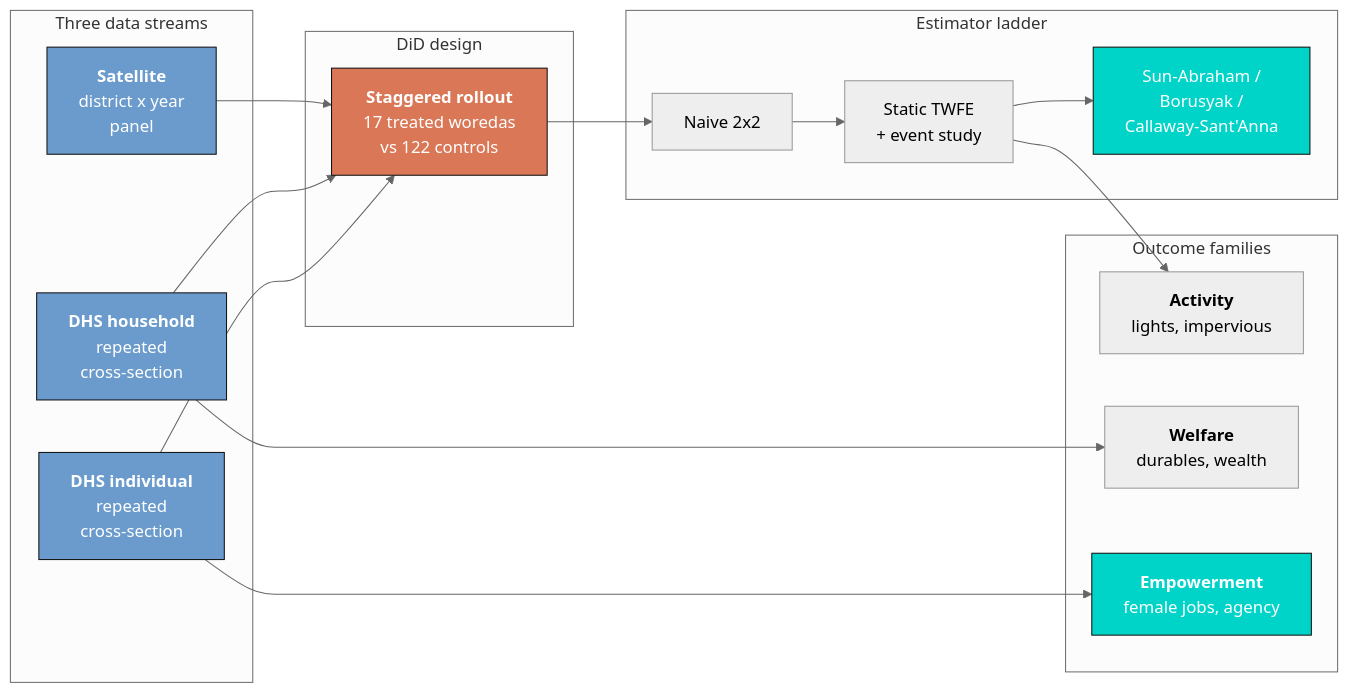
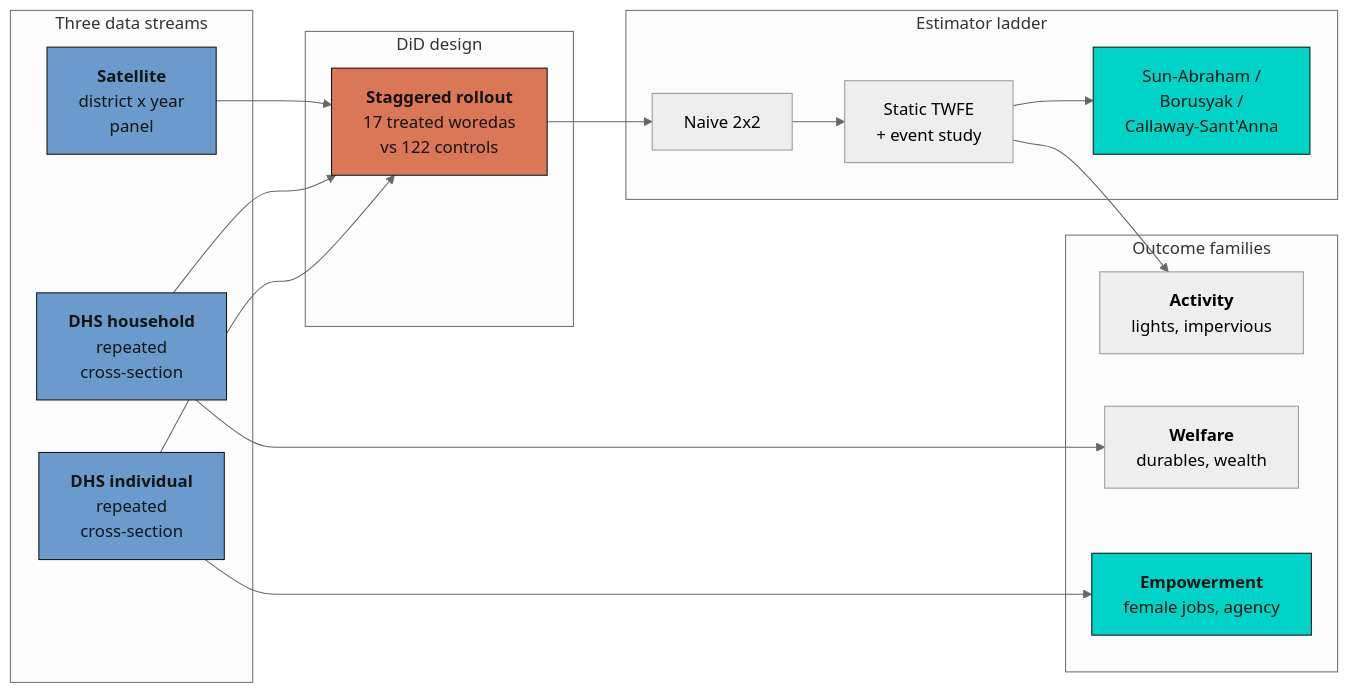
The diagram in content/post/python_did_industrial_park/index.md (cmg777/starter-academic-v501), drawn with Mermaid (neutral theme) before and after one commit. The commit also changed 67 other files, not shown here.

First line of the commit message:
fix(mermaid): readable diagram text in both themes across the site

````diff
--- a/content/post/python_did_industrial_park/index.md
+++ b/content/post/python_did_industrial_park/index.md
@@ -102,39 +102,39 @@
 ```mermaid
 graph LR
     subgraph DATA["Three data streams"]
     A["<b>Satellite</b><br/>district x year<br/>panel"]
     B["<b>DHS household</b><br/>repeated<br/>cross-section"]
     C["<b>DHS individual</b><br/>repeated<br/>cross-section"]
     end
 
     subgraph DESIGN["DiD design"]
     D["<b>Staggered rollout</b><br/>17 treated woredas<br/>vs 122 controls"]
     end
 
     subgraph LADDER["Estimator ladder"]
     E["Naive 2x2"]
     F["Static TWFE<br/>+ event study"]
     G["Sun-Abraham /<br/>Borusyak /<br/>Callaway-Sant'Anna"]
     end
 
     subgraph OUT["Outcome families"]
     H["<b>Activity</b><br/>lights, impervious"]
     I["<b>Welfare</b><br/>durables, wealth"]
     J["<b>Empowerment</b><br/>female jobs, agency"]
     end
 
     A --> D
     B --> D
     C --> D
     D --> E --> F --> G
     F --> H
     B --> I
     C --> J
 
-    style A fill:#6a9bcc,stroke:#141413,color:#fff
-    style B fill:#6a9bcc,stroke:#141413,color:#fff
-    style C fill:#6a9bcc,stroke:#141413,color:#fff
-    style D fill:#d97757,stroke:#141413,color:#fff
-    style G fill:#00d4c8,stroke:#141413,color:#fff
-    style J fill:#00d4c8,stroke:#141413,color:#fff
+    style A fill:#6a9bcc,stroke:#141413,color:#141413
+    style B fill:#6a9bcc,stroke:#141413,color:#141413
+    style C fill:#6a9bcc,stroke:#141413,color:#141413
+    style D fill:#d97757,stroke:#141413,color:#141413
+    style G fill:#00d4c8,stroke:#141413,color:#141413
+    style J fill:#00d4c8,stroke:#141413,color:#141413
 ```
````
